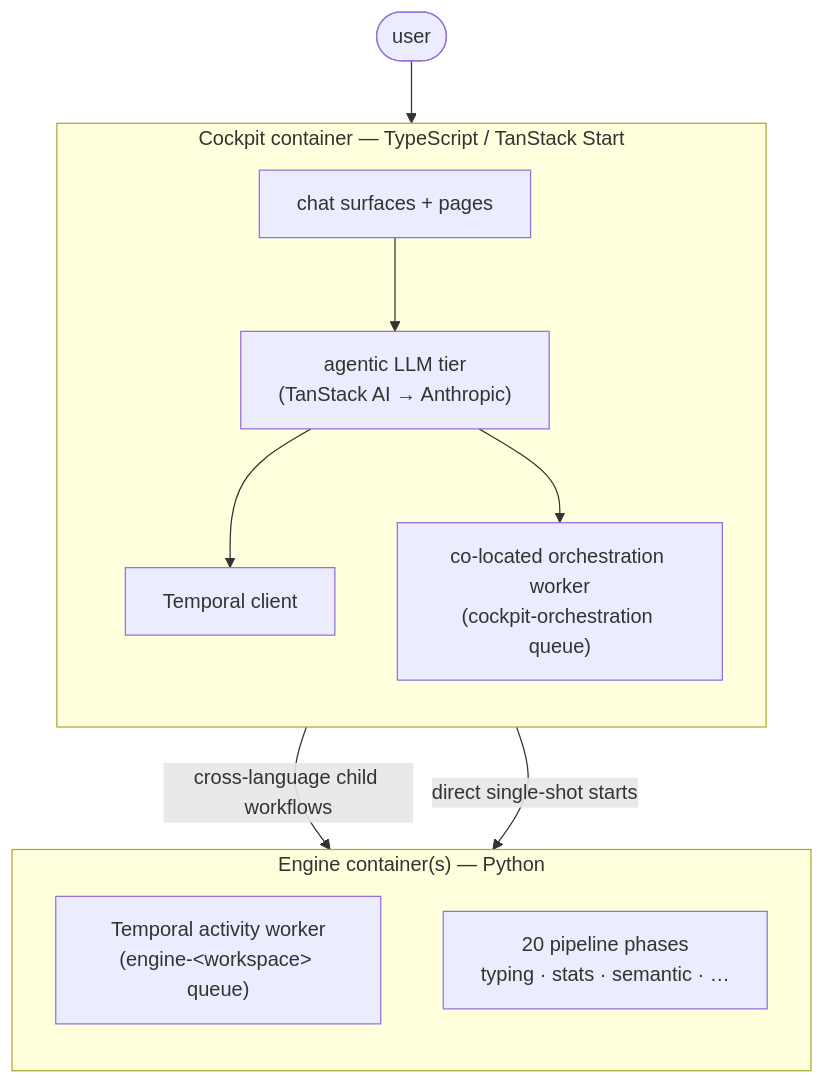
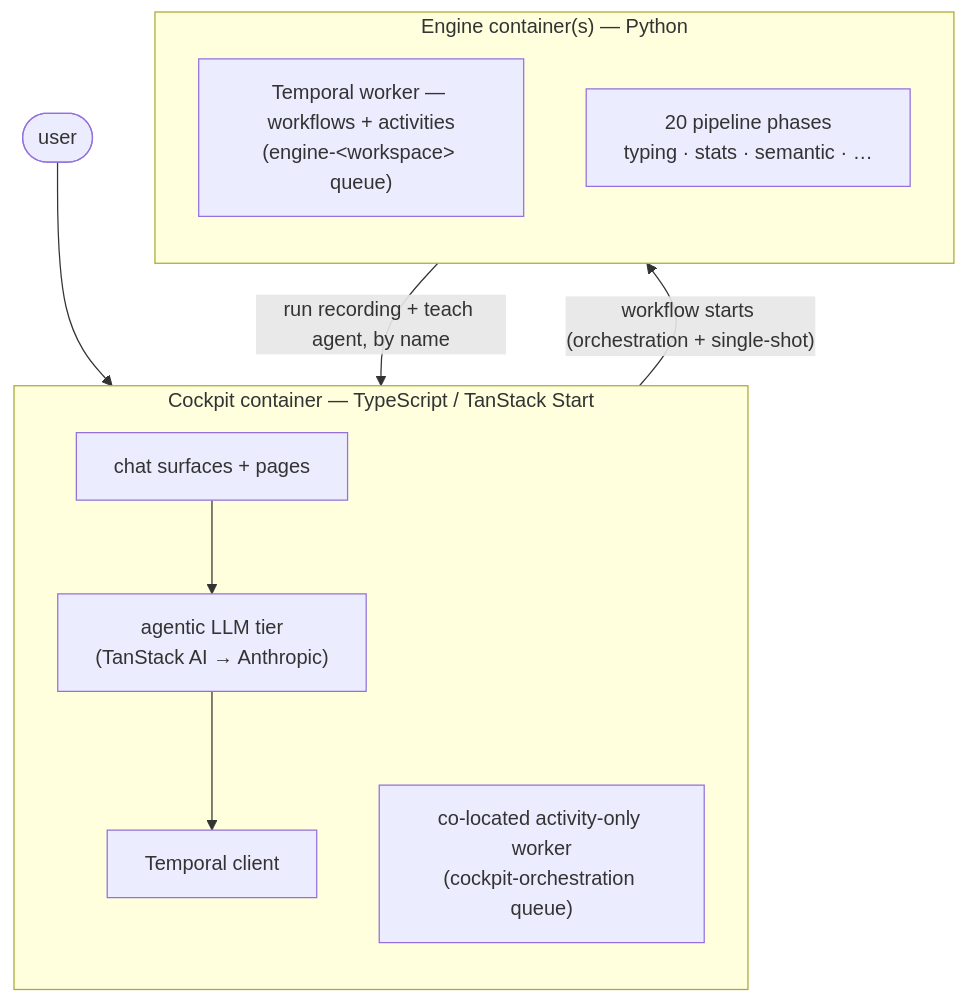
Before and after one commit to dataraum/dataraum: the first of 3 diagrams in docs/platform/architecture.md, drawn with Mermaid. The commit also changed other lines of this file and 9 other files, not shown here.

First line of the commit message:
docs(DAT-708): ADR-0020 — all workflows Python, cockpit activity-only; sweep the docs

````diff
--- a/docs/platform/architecture.md
+++ b/docs/platform/architecture.md
@@ -14,24 +14,23 @@
 ```mermaid
 flowchart TB
     User(["user"])
 
     subgraph CP["Cockpit container — TypeScript / TanStack Start"]
         direction TB
         UI["chat surfaces + pages"]
         Agent["agentic LLM tier<br/>(TanStack AI → Anthropic)"]
         Client["Temporal client"]
-        OWk["co-located orchestration worker<br/>(cockpit-orchestration queue)"]
+        AWk["co-located activity-only worker<br/>(cockpit-orchestration queue)"]
     end
 
     subgraph EWk["Engine container(s) — Python"]
         direction TB
-        Worker["Temporal activity worker<br/>(engine-&lt;workspace&gt; queue)"]
+        Worker["Temporal worker — workflows + activities<br/>(engine-&lt;workspace&gt; queue)"]
         Phases["20 pipeline phases<br/>typing · stats · semantic · …"]
     end
 
     User --> UI --> Agent
     Agent --> Client
-    Agent --> OWk
-    OWk -- "cross-language child workflows" --> Worker
-    Client -- "direct single-shot starts" --> Worker
+    Client -- "workflow starts (orchestration + single-shot)" --> Worker
+    Worker -- "run recording + teach agent, by name" --> AWk
 ```
````
